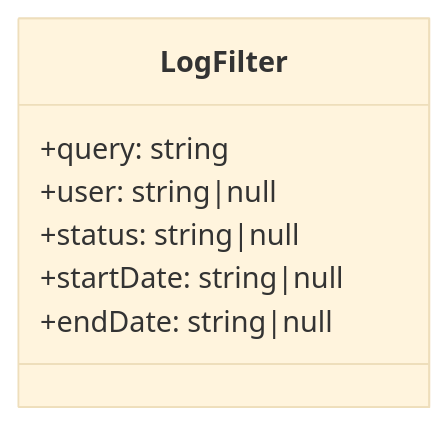
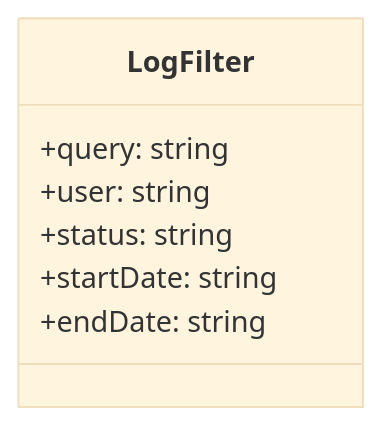
One commit to thebenVar/scrummer changed the third of 3 diagrams in .local/features/logs-advanced-filters-and-search.md. Above: the diagram before and after it, drawn with Mermaid (base theme). The commit also changed 12 other files, not shown here.

````diff
--- a/.local/features/logs-advanced-filters-and-search.md
+++ b/.local/features/logs-advanced-filters-and-search.md
@@ -51,10 +51,10 @@
 ```mermaid
 classDiagram
   class LogFilter {
     +query: string
-    +user: string|null
-    +status: string|null
-    +startDate: string|null
-    +endDate: string|null
+    +user: string
+    +status: string
+    +startDate: string
+    +endDate: string
   }
 ```
````
